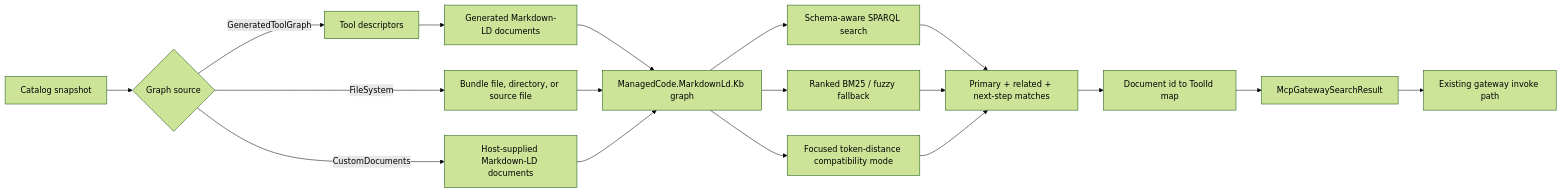
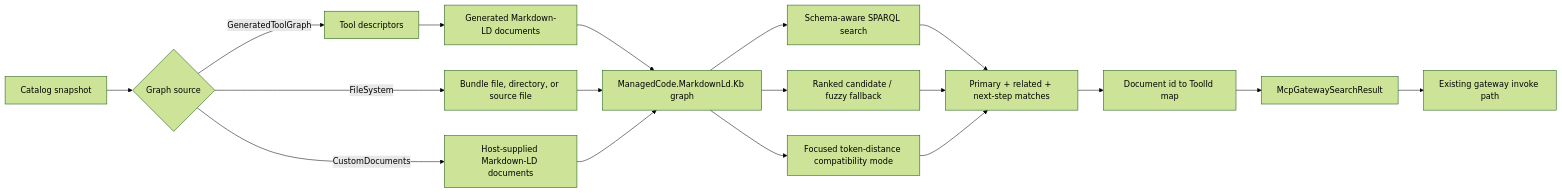
One commit to managedcode/MCPGateway changed the diagram in docs/ADR/ADR-0005-markdown-ld-graph-search-for-tool-retrieval.md. Above: the diagram before and after it, drawn with Mermaid (forest theme). The commit also changed other lines of this file and 28 other files, not shown here.

Commit message:
Optimize graph-backed search performance

````diff
--- a/docs/ADR/ADR-0005-markdown-ld-graph-search-for-tool-retrieval.md
+++ b/docs/ADR/ADR-0005-markdown-ld-graph-search-for-tool-retrieval.md
@@ -48,20 +48,20 @@
 ```mermaid
 flowchart LR
     Catalog["Catalog snapshot"] --> SourceChoice{"Graph source"}
     SourceChoice -->|GeneratedToolGraph| Descriptor["Tool descriptors"]
     Descriptor --> Markdown["Generated Markdown-LD documents"]
     SourceChoice -->|FileSystem| FileDocs["Bundle file, directory, or source file"]
     SourceChoice -->|CustomDocuments| CustomDocs["Host-supplied Markdown-LD documents"]
     Markdown --> Graph["ManagedCode.MarkdownLd.Kb graph"]
     FileDocs --> Graph
     CustomDocs --> Graph
     Graph --> Schema["Schema-aware SPARQL search"]
-    Graph --> Ranked["Ranked BM25 / fuzzy fallback"]
+    Graph --> Ranked["Ranked candidate / fuzzy fallback"]
     Graph --> Focused["Focused token-distance compatibility mode"]
     Schema --> Expansion["Primary + related + next-step matches"]
     Ranked --> Expansion
     Focused --> Expansion
     Expansion --> MatchMap["Document id to ToolId map"]
     MatchMap --> Result["McpGatewaySearchResult"]
     Result --> Invoke["Existing gateway invoke path"]
 ```
````
